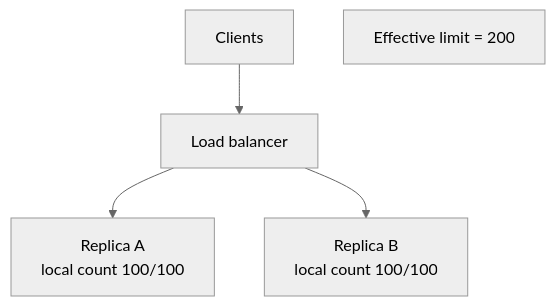
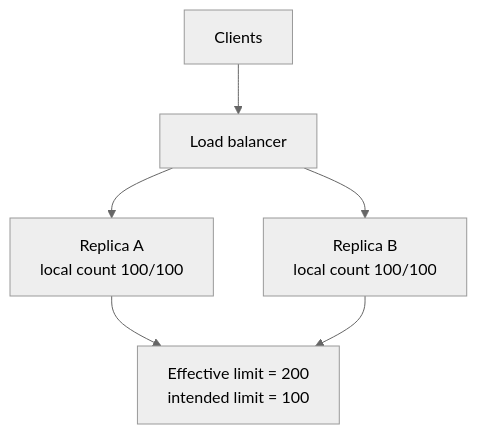
The third of 3 diagrams in fundamentals/32-rate-limiting.md (mohllal/system-design-interview-prep), drawn with Mermaid (neutral theme) before and after one commit. The commit also changed other lines of this file and 35 other files, not shown here.

````diff
--- a/fundamentals/32-rate-limiting.md
+++ b/fundamentals/32-rate-limiting.md
@@ -463,7 +519,8 @@
 ```mermaid
 graph TD
     C[Clients] --> LB[Load balancer]
-    LB --> A[Replica A<br/>local count 100/100]
-    LB --> B[Replica B<br/>local count 100/100]
-    Note[Effective limit = 200]
+    LB --> A["Replica A<br/>local count 100/100"]
+    LB --> B["Replica B<br/>local count 100/100"]
+    A --> E["Effective limit = 200<br/>intended limit = 100"]
+    B --> E
 ```
````
